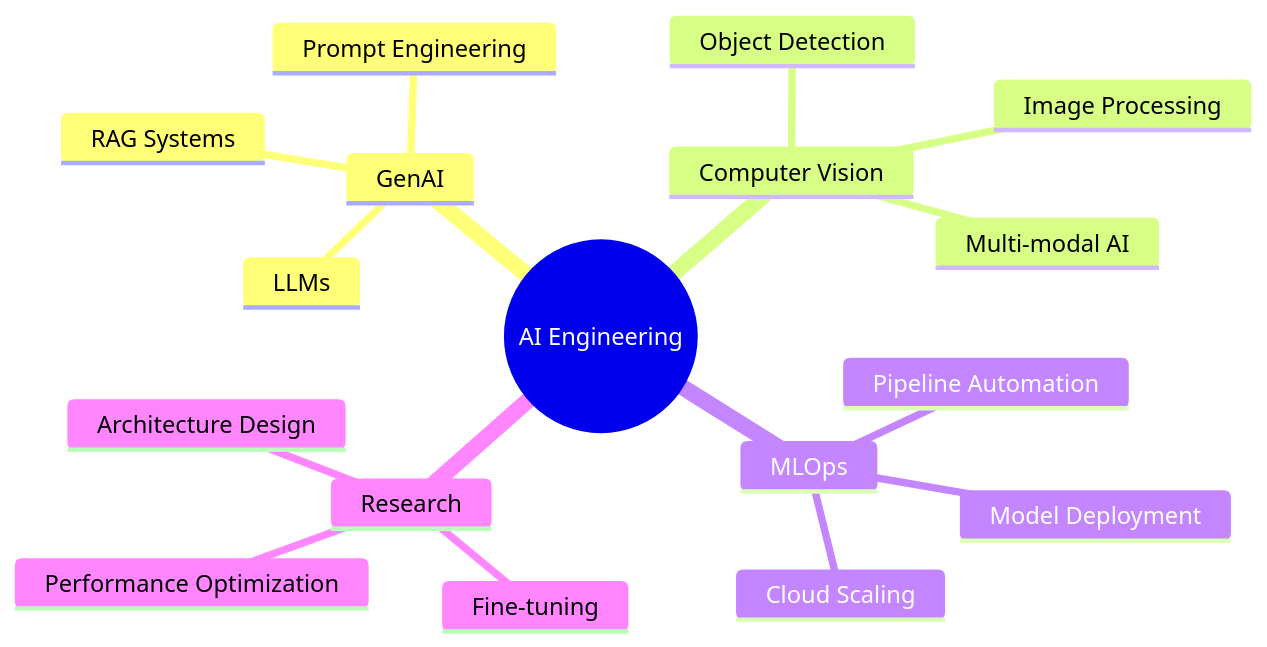
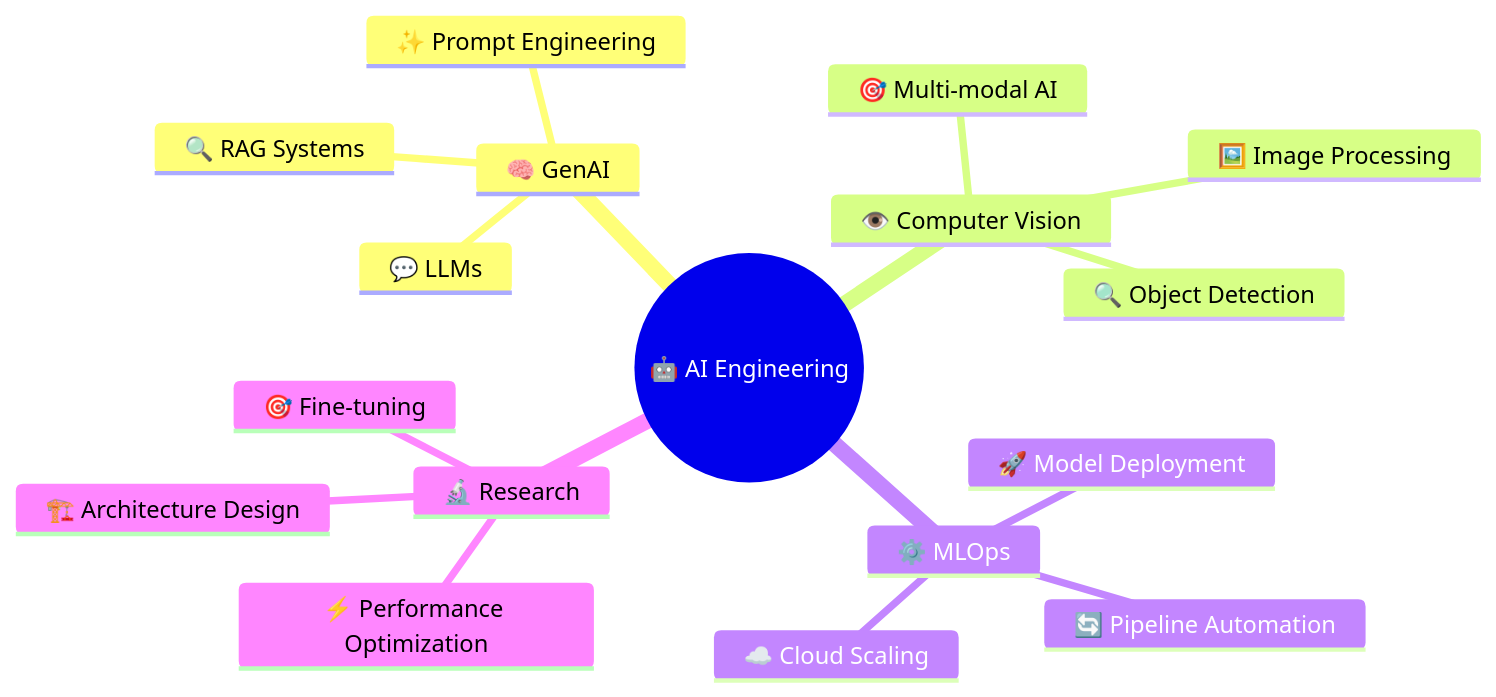
The diagram in README.md (dixisouls/dixisouls), drawn with Mermaid before and after one commit.

Commit message:
Update: Updated README

````diff
--- a/README.md
+++ b/README.md
@@ -157,34 +157,38 @@
 ```mermaid
+%%{init: {
+  "mindmap": {
+    "theme": "base",
+    "themeVariables": {
+      "primaryColor": "#4A90E2",
+      "primaryTextColor": "#FFFFFF",
+      "primaryBorderColor": "#2E7BD1",
+      "lineColor": "#2E7BD1",
+      "secondaryColor": "#28A745",
+      "tertiaryColor": "#FD7E14",
+      "background": "#F8F9FA",
+      "mainBkg": "#4A90E2",
+      "secondBkg": "#28A745",
+      "tertiaryBkg": "#FD7E14",
+      "quartBkg": "#DC3545"
+    }
+  }
+}}%%
 mindmap
-  root((AI Engineering))
-    GenAI
-      LLMs
-      RAG Systems
-      Prompt Engineering
-    Computer Vision
-      Multi-modal AI
-      Object Detection
-      Image Processing
-    MLOps
-      Model Deployment
-      Pipeline Automation
-      Cloud Scaling
-    Research
-      Fine-tuning
-      Architecture Design
-      Performance Optimization
-
-%%{init: {'mindmap': {'theme': 'base', 'themeVariables': {
-  'primaryColor': '#2E8B57',
-  'primaryTextColor': '#FFFFFF',
-  'primaryBorderColor': '#1A5F3F',
-  'lineColor': '#4A90E2',
-  'secondaryColor': '#FF6B6B',
-  'tertiaryColor': '#4ECDC4',
-  'background': '#F8F9FA',
-  'mainBkg': '#2E8B57',
-  'secondBkg': '#4A90E2',
-  'tertiaryBkg': '#FF6B6B',
-  'quartBkg': '#4ECDC4'
-}}}}%%
+  root((🤖 AI Engineering))
+    🧠 GenAI
+      💬 LLMs
+      🔍 RAG Systems
+      ✨ Prompt Engineering
+    👁️ Computer Vision
+      🎯 Multi-modal AI
+      🔍 Object Detection
+      🖼️ Image Processing
+    ⚙️ MLOps
+      🚀 Model Deployment
+      🔄 Pipeline Automation
+      ☁️ Cloud Scaling
+    🔬 Research
+      🎯 Fine-tuning
+      🏗️ Architecture Design
+      ⚡ Performance Optimization
 ```
````
